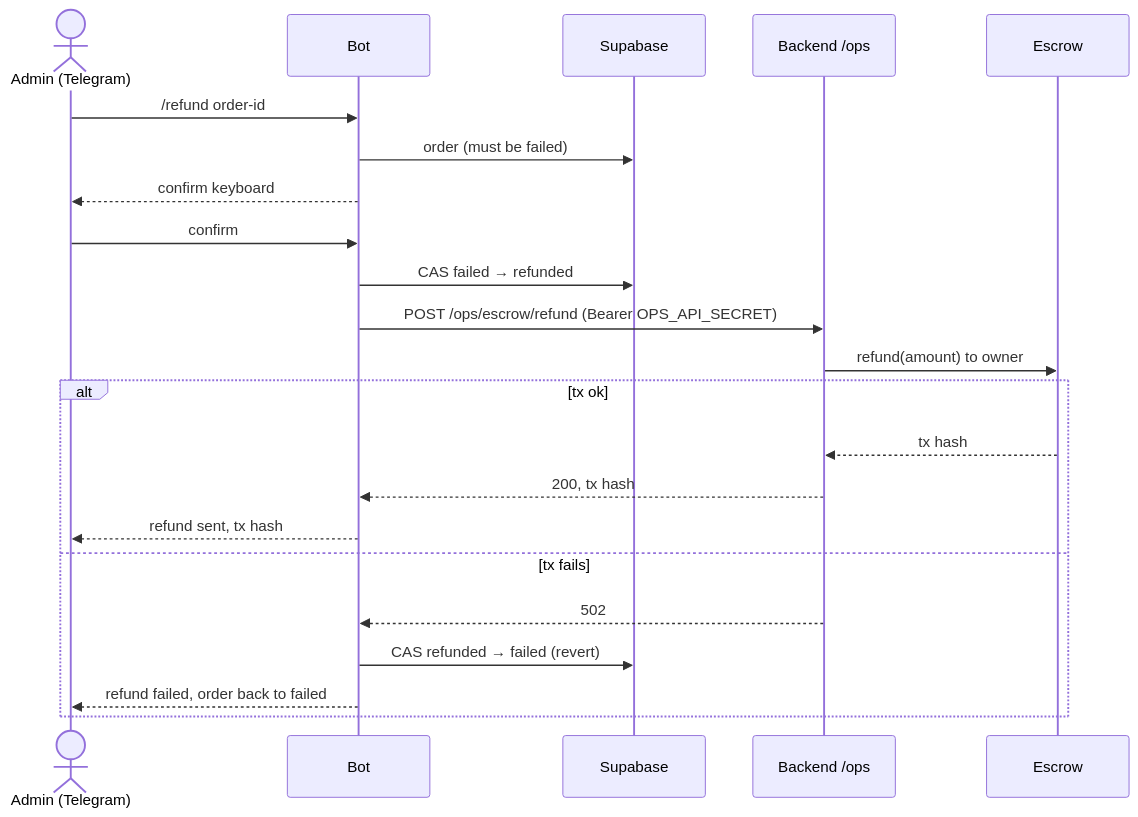
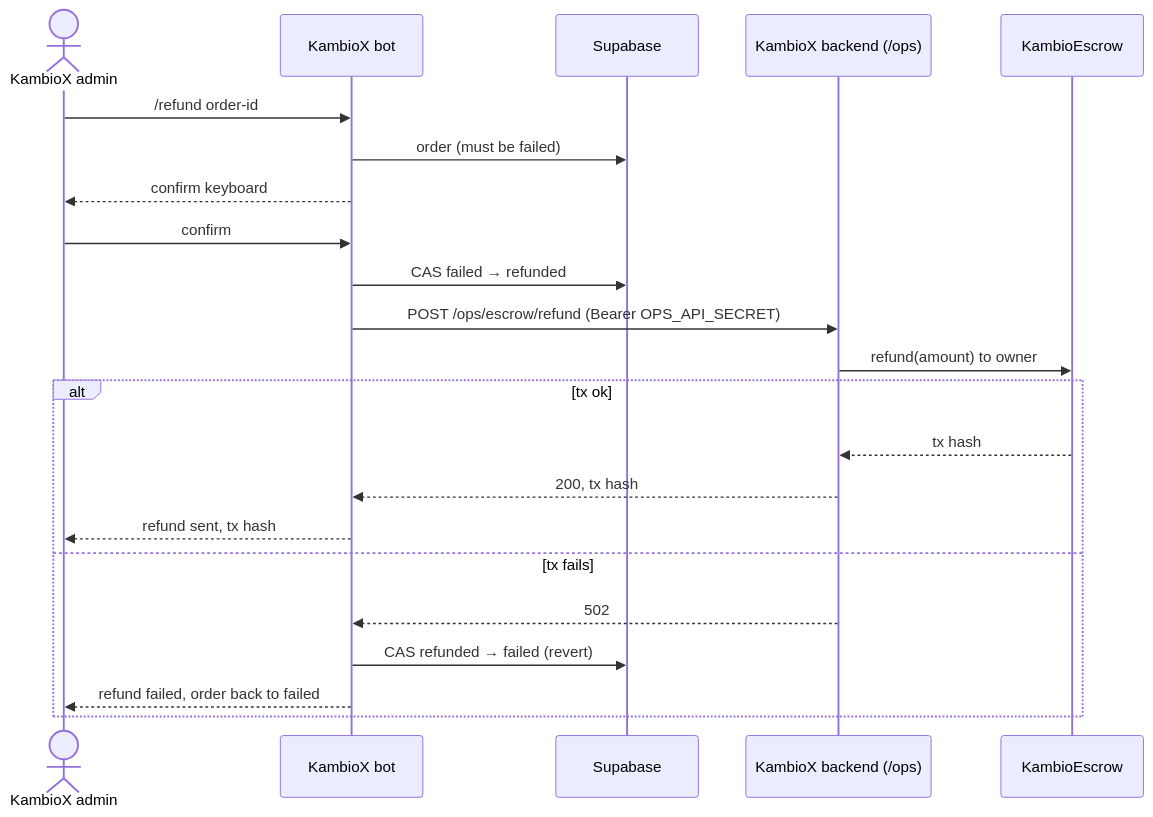
One commit to BreadchainCoop/curacao-crypto-onramp-bot changed the sixth of 8 diagrams in contracts/stellar/ARCHITECTURE.md. Above: the diagram before and after it, drawn with Mermaid. The commit also changed other lines of this file, not shown here.

Commit message:
docs(stellar): name the KambioX bot and backend in the diagrams

````diff
--- a/contracts/stellar/ARCHITECTURE.md
+++ b/contracts/stellar/ARCHITECTURE.md
@@ -185,25 +185,25 @@
 ```mermaid
 sequenceDiagram
-  actor A as Admin (Telegram)
-  participant B as Bot
+  actor A as KambioX admin
+  participant B as KambioX bot
   participant DB as Supabase
-  participant BE as Backend /ops
-  participant E as Escrow
+  participant BE as KambioX backend (/ops)
+  participant E as KambioEscrow
 
   A->>B: /refund order-id
   B->>DB: order (must be failed)
   B-->>A: confirm keyboard
   A->>B: confirm
   B->>DB: CAS failed → refunded
   B->>BE: POST /ops/escrow/refund (Bearer OPS_API_SECRET)
   BE->>E: refund(amount) to owner
   alt tx ok
     E-->>BE: tx hash
     BE-->>B: 200, tx hash
     B-->>A: refund sent, tx hash
   else tx fails
     BE-->>B: 502
     B->>DB: CAS refunded → failed (revert)
     B-->>A: refund failed, order back to failed
   end
 ```
````
